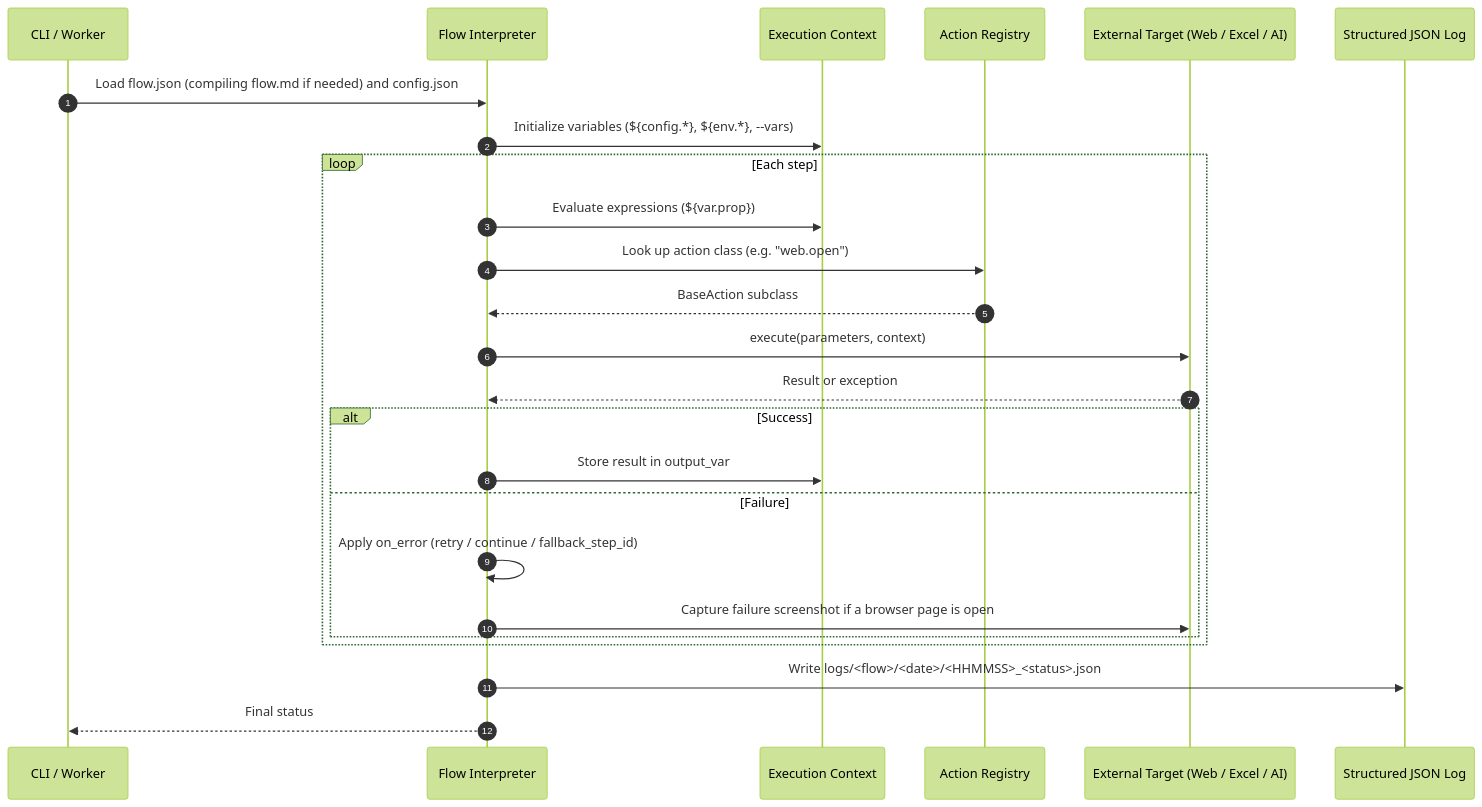
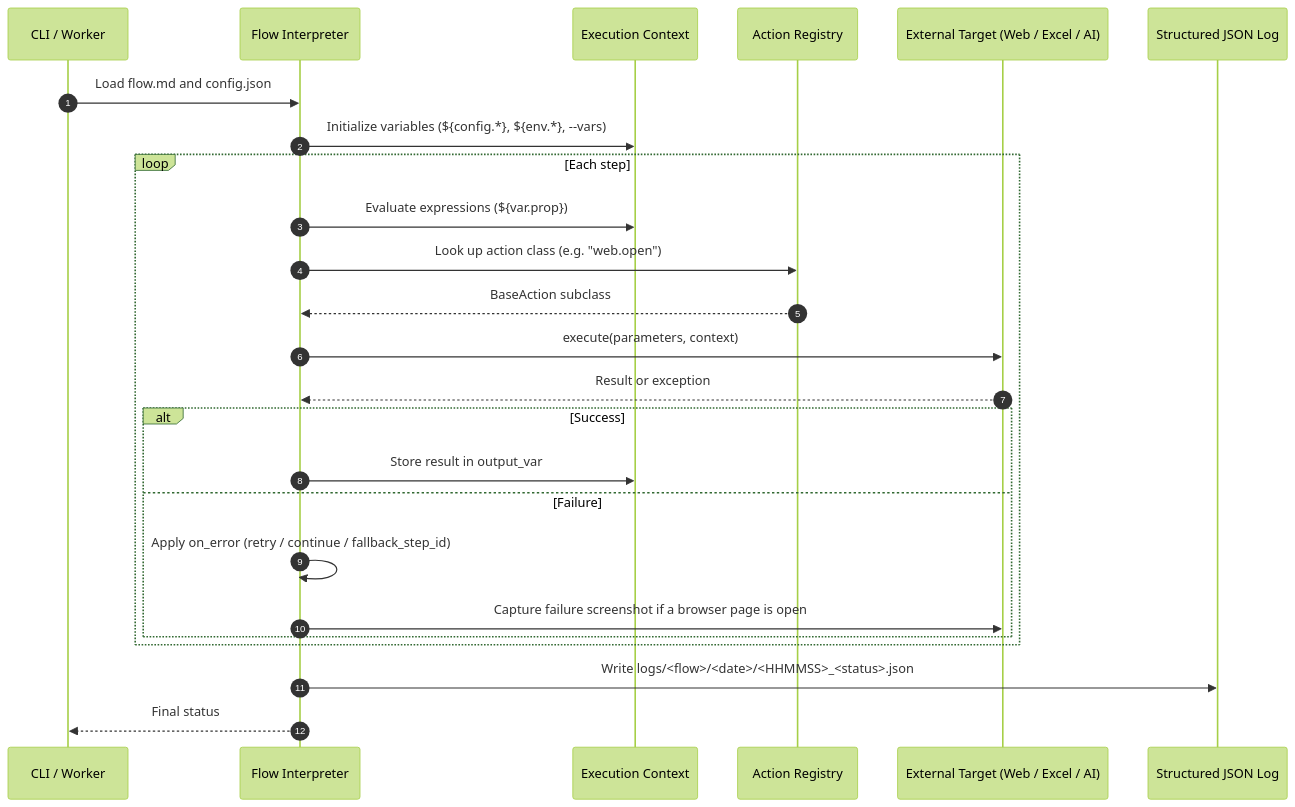
The third of 3 diagrams in docs/architecture.md (arttopix/Kinenix), drawn with Mermaid (forest theme) before and after one commit. The commit also changed other lines of this file and 64 other files, not shown here.

First line of the commit message:
feat: flow.md is the only flow file

````diff
--- a/docs/architecture.md
+++ b/docs/architecture.md
@@ -57,31 +57,31 @@
 ```mermaid
 sequenceDiagram
     autonumber
     participant CLI as CLI / Worker
     participant Engine as Flow Interpreter
     participant Context as Execution Context
     participant Registry as Action Registry
     participant Target as External Target (Web / Excel / AI)
     participant Log as Structured JSON Log
 
-    CLI->>Engine: Load flow.json (compiling flow.md if needed) and config.json
+    CLI->>Engine: Load flow.md and config.json
     Engine->>Context: Initialize variables (${config.*}, ${env.*}, --vars)
 
     loop Each step
         Engine->>Context: Evaluate expressions (${var.prop})
         Engine->>Registry: Look up action class (e.g. "web.open")
         Registry-->>Engine: BaseAction subclass
         Engine->>Target: execute(parameters, context)
         Target-->>Engine: Result or exception
 
         alt Success
             Engine->>Context: Store result in output_var
         else Failure
             Engine->>Engine: Apply on_error (retry / continue / fallback_step_id)
             Engine->>Target: Capture failure screenshot if a browser page is open
         end
     end
 
     Engine->>Log: Write logs/<flow>/<date>/<HHMMSS>_<status>.json
     Engine-->>CLI: Final status
 ```
````
